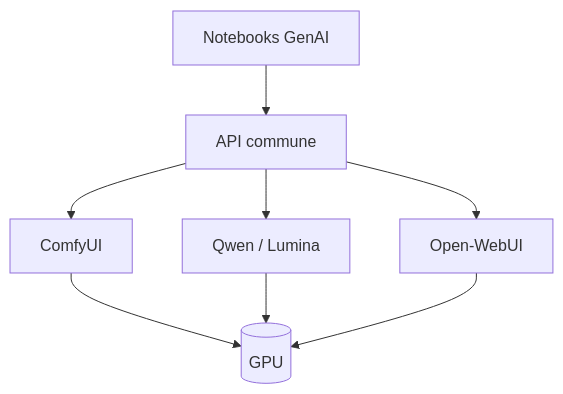
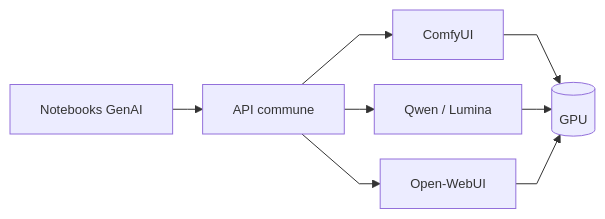
One commit to jsboige/CoursIA changed the tenth of 10 diagrams in slides/S3-acculturation/slides.md. Above: the diagram before and after it, drawn with Mermaid. The commit also changed other lines of this file and 3 other files, not shown here.

First line of the commit message:
fix(slides,#10950): mermaid overflow slides 75/77/79 S3-acculturation phase generative — graph TD->LR + compactage init + labels 1 ligne

````diff
--- a/slides/S3-acculturation/slides.md
+++ b/slides/S3-acculturation/slides.md
@@ -2234,10 +2236,11 @@
 ```mermaid
-graph TD
+%%{init: {"flowchart": {"nodeSpacing": 25, "rankSpacing": 30, "curve": "linear"}, "themeVariables": {"fontSize": "13px"}}}%%
+graph LR
     A[Notebooks GenAI] --> B[API commune]
     B --> C[ComfyUI]
     B --> D[Qwen / Lumina]
     B --> E[Open-WebUI]
     C --> F[(GPU)]
     D --> F
     E --> F
 ```
````
